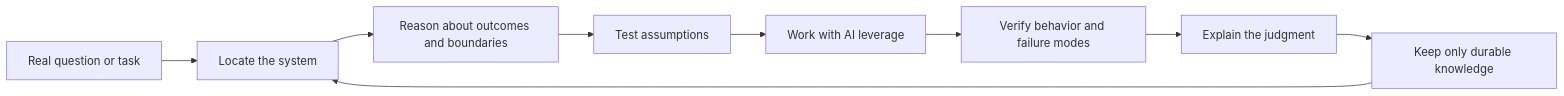
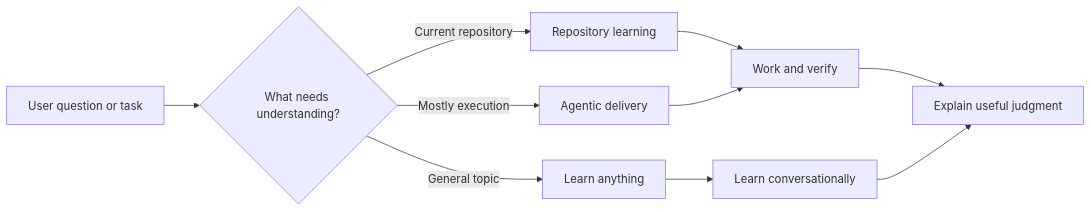
One commit to legrab/codebase-learning-flow changed the first of 2 diagrams in README.md. Above: the diagram before and after it, drawn with Mermaid. The commit also changed other lines of this file and 10 other files, not shown here.

````diff
--- a/README.md
+++ b/README.md
@@ -10,11 +13,12 @@
 ```mermaid
 flowchart LR
-    Q[Real question or task] --> L[Locate the system]
-    L --> R[Reason about outcomes and boundaries]
-    R --> T[Test assumptions]
-    T --> W[Work with AI leverage]
-    W --> V[Verify behavior and failure modes]
-    V --> E[Explain the judgment]
-    E --> K[Keep only durable knowledge]
-    K --> L
+    Q[User question or task] --> R{What needs understanding?}
+    R -->|Current repository| C[Repository learning]
+    R -->|General topic| G[Learn anything]
+    R -->|Mostly execution| A[Agentic delivery]
+    C --> W[Work and verify]
+    G --> L[Learn conversationally]
+    A --> W
+    W --> H[Explain useful judgment]
+    L --> H
 ```
````
